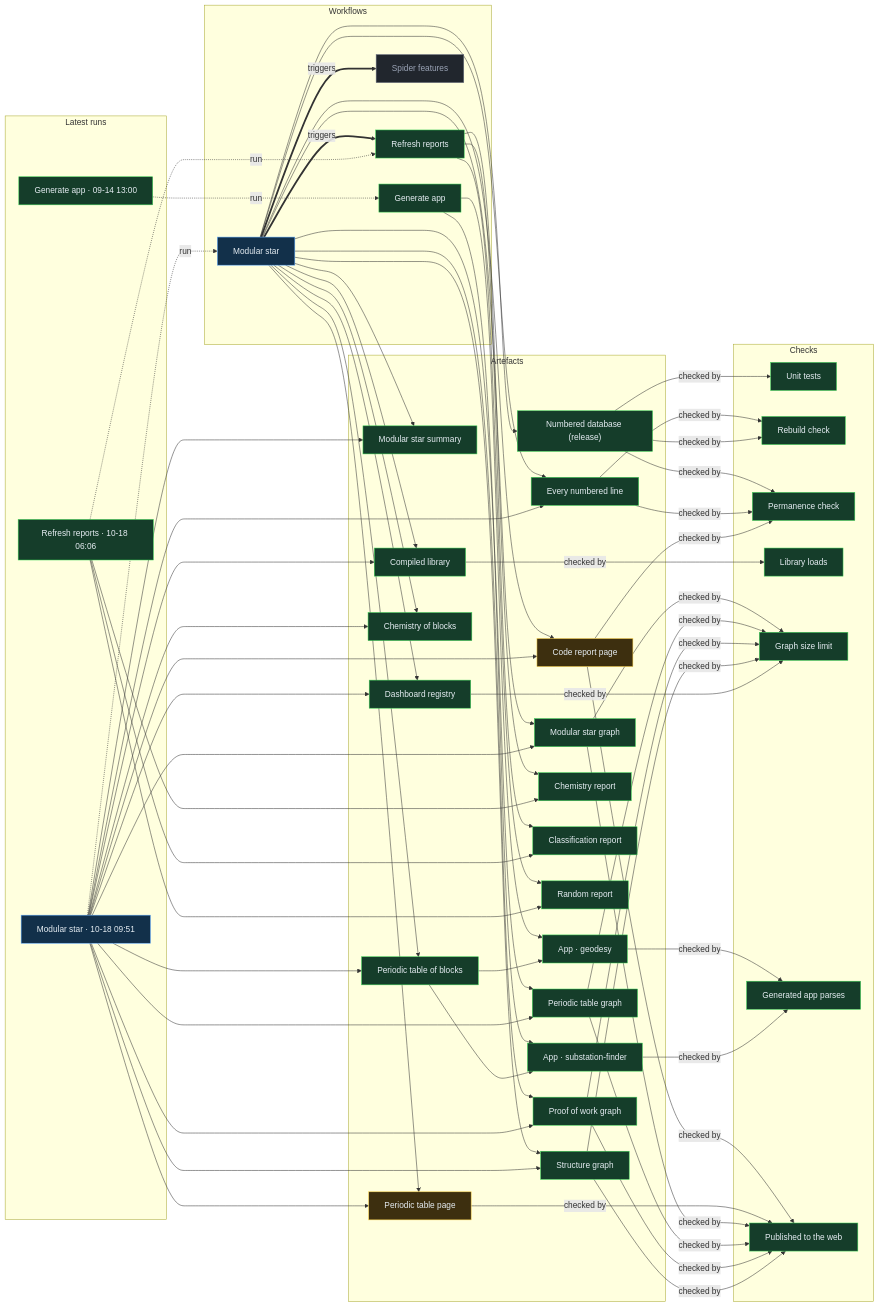
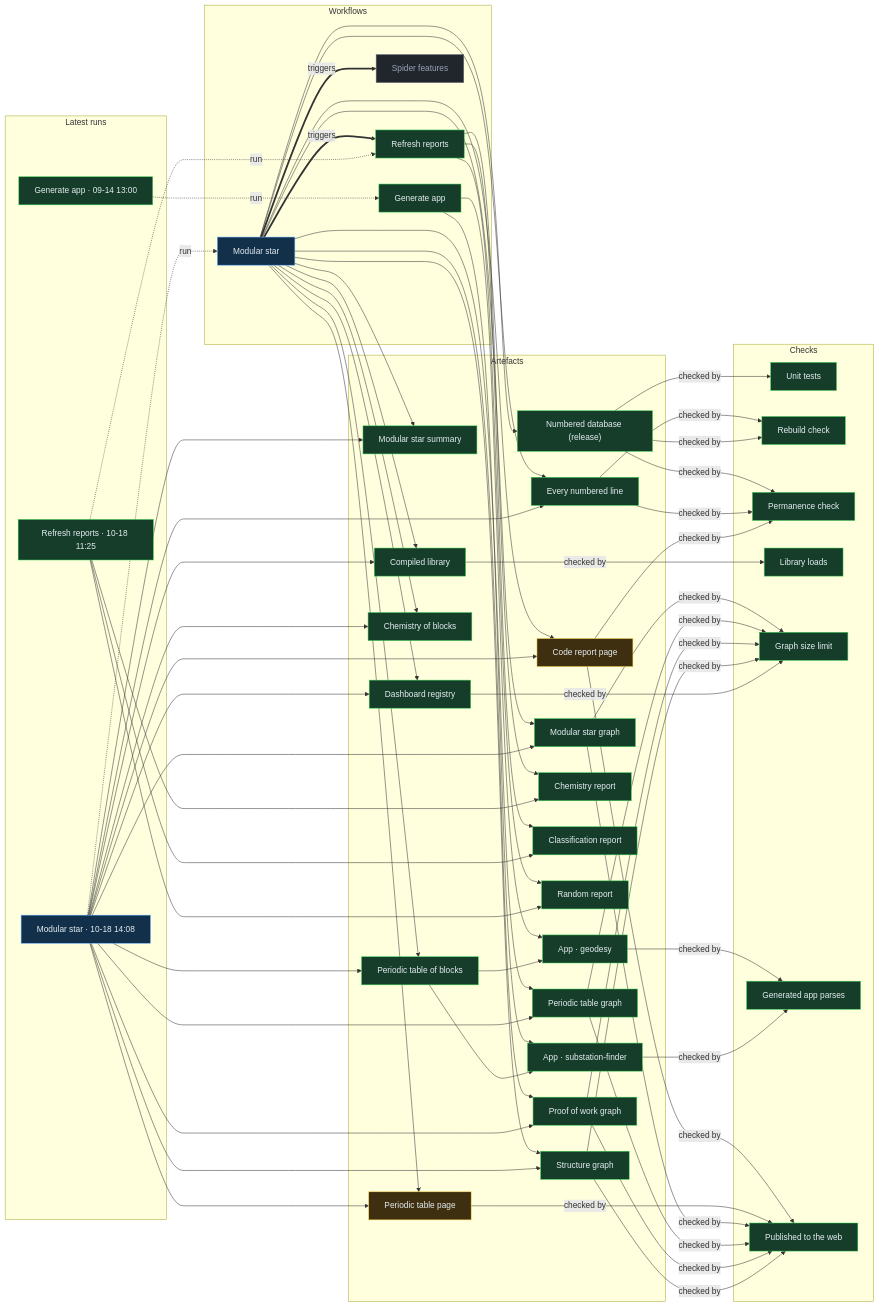
One commit to Ventusltd/stars changed the diagram in proof/PROOF.md. Above: the diagram before and after it, drawn with Mermaid. The commit also changed other lines of this file and 44 other files, not shown here.

Commit message:
Modular star 2026-10-18T14:10Z

```diff
--- a/proof/PROOF.md
+++ b/proof/PROOF.md
@@ -24,8 +24,8 @@
   n_wf_spider_features["Spider features"]:::off
   end
   subgraph g_runs["Latest runs"]
-  n_run_39116988619["Modular star · 10-18 09:51"]:::live
-  n_run_39102843668["Refresh reports · 10-18 06:06"]:::ok
+  n_run_39134628306["Modular star · 10-18 14:08"]:::live
+  n_run_39123206137["Refresh reports · 10-18 11:25"]:::ok
   n_run_34846587798["Generate app · 09-14 13:00"]:::ok
   end
   subgraph g_artefacts["Artefacts"]
@@ -59,39 +59,39 @@
   end
   n_wf_modular_star == triggers ==> n_wf_refresh
   n_wf_modular_star == triggers ==> n_wf_spider_features
-  n_run_39116988619 -. run .-> n_wf_modular_star
-  n_run_39102843668 -. run .-> n_wf_refresh
+  n_run_39134628306 -. run .-> n_wf_modular_star
+  n_run_39123206137 -. run .-> n_wf_refresh
   n_run_34846587798 -. run .-> n_wf_generate
   n_wf_modular_star --> n_art_summary
-  n_run_39116988619 --> n_art_summary
+  n_run_39134628306 --> n_art_summary
   n_wf_modular_star --> n_art_lines
-  n_run_39116988619 --> n_art_lines
+  n_run_39134628306 --> n_art_lines
   n_wf_modular_star --> n_art_code
-  n_run_39116988619 --> n_art_code
+  n_run_39134628306 --> n_art_code
   n_wf_modular_star --> n_art_modular_graph
-  n_run_39116988619 --> n_art_modular_graph
+  n_run_39134628306 --> n_art_modular_graph
   n_wf_modular_star --> n_art_blocks
-  n_run_39116988619 --> n_art_blocks
+  n_run_39134628306 --> n_art_blocks
   n_wf_modular_star --> n_art_table
-  n_run_39116988619 --> n_art_table
+  n_run_39134628306 --> n_art_table
   n_wf_modular_star --> n_art_blocks_graph
-  n_run_39116988619 --> n_art_blocks_graph
+  n_run_39134628306 --> n_art_blocks_graph
   n_wf_modular_star --> n_art_reactions
-  n_run_39116988619 --> n_art_reactions
+  n_run_39134628306 --> n_art_reactions
   n_wf_modular_star --> n_art_library
-  n_run_39116988619 --> n_art_library
+  n_run_39134628306 --> n_art_library
   n_wf_modular_star --> n_art_features
-  n_run_39116988619 --> n_art_features
+  n_run_39134628306 --> n_art_features
   n_wf_modular_star --> n_art_proof
-  n_run_39116988619 --> n_art_proof
+  n_run_39134628306 --> n_art_proof
   n_wf_modular_star --> n_art_structure
-  n_run_39116988619 --> n_art_structure
+  n_run_39134628306 --> n_art_structure
   n_wf_refresh --> n_art_chemistry
-  n_run_39102843668 --> n_art_chemistry
+  n_run_39123206137 --> n_art_chemistry
   n_wf_refresh --> n_art_vedic
-  n_run_39102843668 --> n_art_vedic
+  n_run_39123206137 --> n_art_vedic
   n_wf_refresh --> n_art_random
-  n_run_39102843668 --> n_art_random
+  n_run_39123206137 --> n_art_random
   n_wf_modular_star --> n_art_release
   n_wf_generate --> n_app_geodesy
   n_art_blocks --> n_app_geodesy
```
